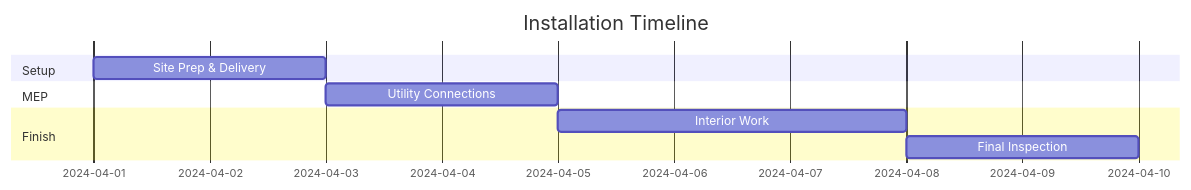
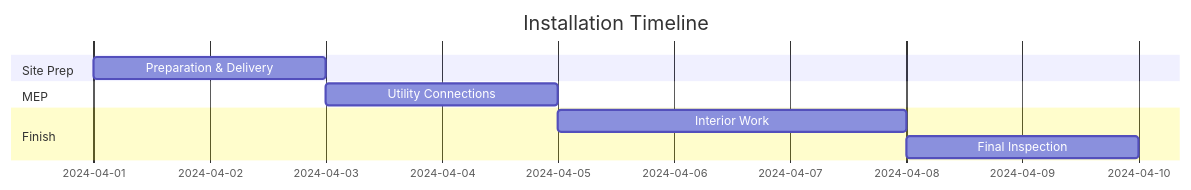
Before and after one commit to szemkoff/coreplus: the fourth of 4 diagrams in docs/docs/products/rapid-deployment-module.md, drawn with Mermaid. The commit also changed other lines of this file and 3 other files, not shown here.

Commit message:
feat: add Mermaid diagram support and enhance documentation

````diff
--- a/docs/docs/products/rapid-deployment-module.md
+++ b/docs/docs/products/rapid-deployment-module.md
@@ -110,12 +132,12 @@
 ```mermaid
 gantt
     title Installation Timeline
-    dateFormat  YYYY-MM-DD
-    section Setup
-    Site Prep & Delivery    :a1, 2024-04-01, 2d
+    dateFormat YYYY-MM-DD
+    section Site Prep
+        Preparation & Delivery    :2024-04-01, 2d
     section MEP
-    Utility Connections    :a2, after a1  , 2d
+        Utility Connections      :2024-04-03, 2d
     section Finish
-    Interior Work         :a3, after a2  , 3d
-    Final Inspection      :a4, after a3  , 2d
+        Interior Work           :2024-04-05, 3d
+        Final Inspection        :2024-04-08, 2d
 ```
````
